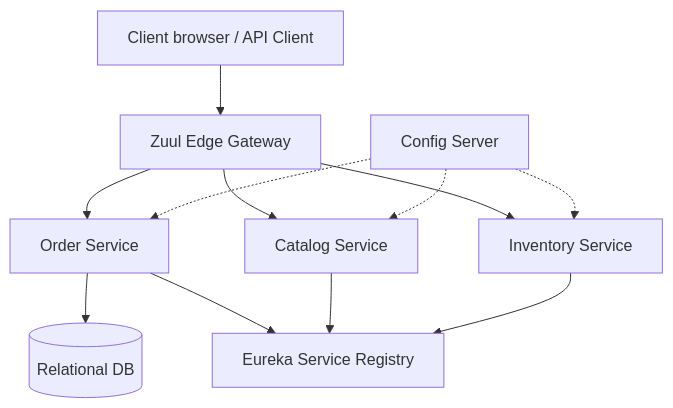
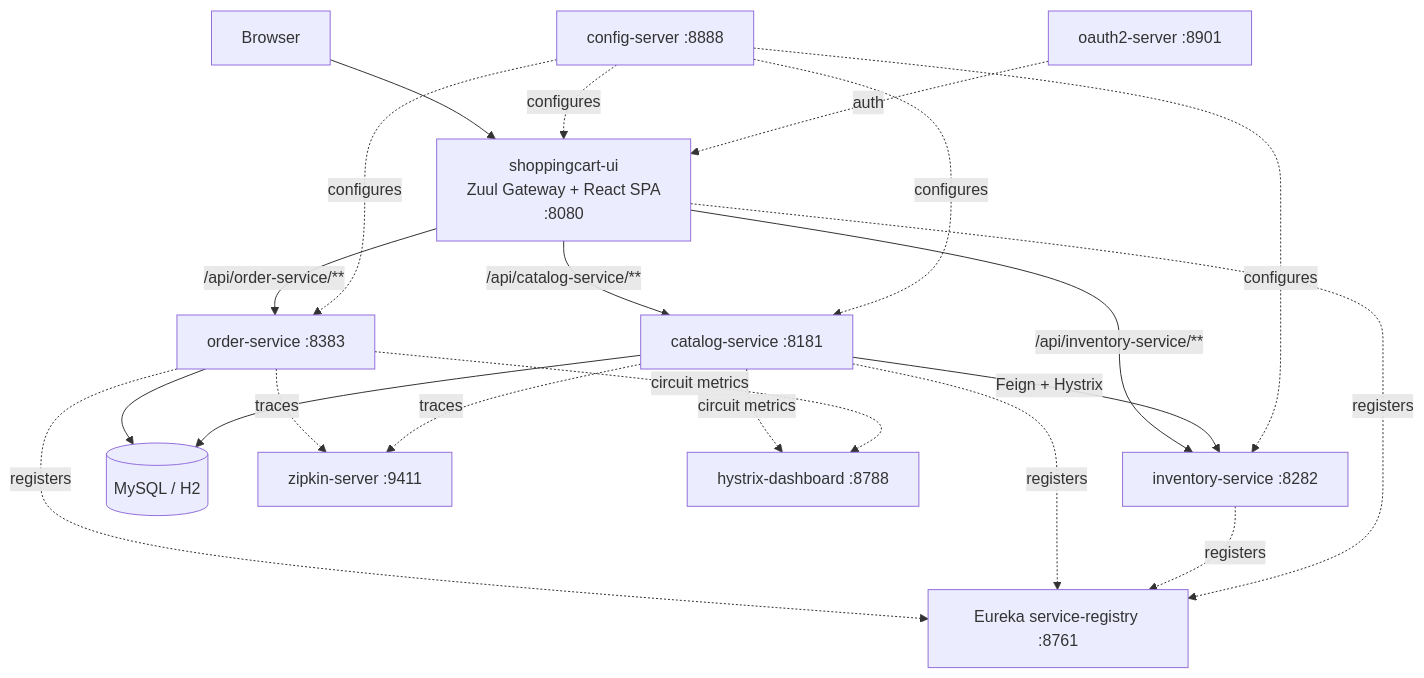
The first of 2 diagrams in README.md (tanmaymish/doms-order-service), drawn with Mermaid before and after one commit. The commit also changed other lines of this file and 94 other files, not shown here.

````diff
--- a/README.md
+++ b/README.md
@@ -16,16 +58,30 @@
 ```mermaid
 graph TD
-    Client[Client browser / API Client] --> Gateway[Zuul Edge Gateway]
-    Gateway --> Orders[Order Service]
-    Gateway --> Catalog[Catalog Service]
-    Gateway --> Inventory[Inventory Service]
-    
-    Orders --> DB[(Relational DB)]
-    Orders --> Registry[Eureka Service Registry]
-    Catalog --> Registry
-    Inventory --> Registry
-    
-    Config[Config Server] -.-> Orders
-    Config -.-> Catalog
-    Config -.-> Inventory
+    Client[Browser] --> UI["shoppingcart-ui<br/>Zuul Gateway + React SPA<br/>:8080"]
+
+    UI -->|/api/order-service/**| Orders[order-service :8383]
+    UI -->|/api/catalog-service/**| Catalog[catalog-service :8181]
+    UI -->|/api/inventory-service/**| Inventory[inventory-service :8282]
+
+    Orders --> DB[(MySQL / H2)]
+    Catalog -->|Feign + Hystrix| Inventory
+    Catalog --> DB
+
+    Orders -.registers.-> Registry[Eureka service-registry :8761]
+    Catalog -.registers.-> Registry
+    Inventory -.registers.-> Registry
+    UI -.registers.-> Registry
+
+    Config[config-server :8888] -.configures.-> Orders
+    Config -.configures.-> Catalog
+    Config -.configures.-> Inventory
+    Config -.configures.-> UI
+
+    Orders -.traces.-> Zipkin[zipkin-server :9411]
+    Catalog -.traces.-> Zipkin
+
+    Catalog -.circuit metrics.-> Hystrix[hystrix-dashboard :8788]
+    Orders -.circuit metrics.-> Hystrix
+
+    OAuth[oauth2-server :8901] -.auth.-> UI
 ```
````
